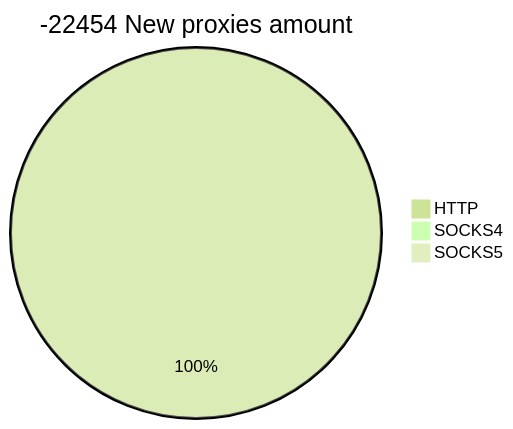
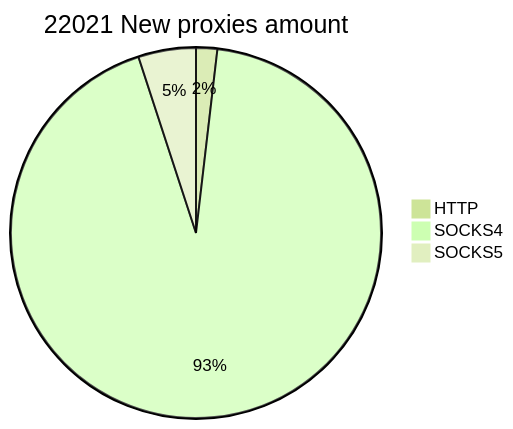
Before and after one commit to cutipu/proxylist: the second of 2 diagrams in README.md, drawn with Mermaid (forest theme). The commit also changed other lines of this file, not shown here.

````diff
--- a/README.md
+++ b/README.md
@@ -10,6 +10,6 @@
 ```mermaid
-pie title -22454 New proxies amount
-    "HTTP" : 77
-    "SOCKS4" : 0
-    "SOCKS5" : 0
+pie title 22021 New proxies amount
+    "HTTP" : 407
+    "SOCKS4" : 20507
+    "SOCKS5" : 1107
 ```
````
